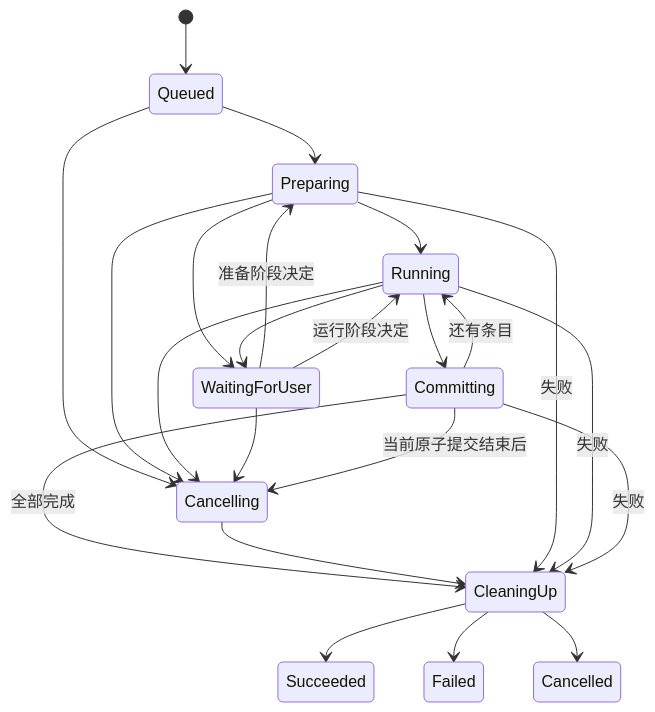
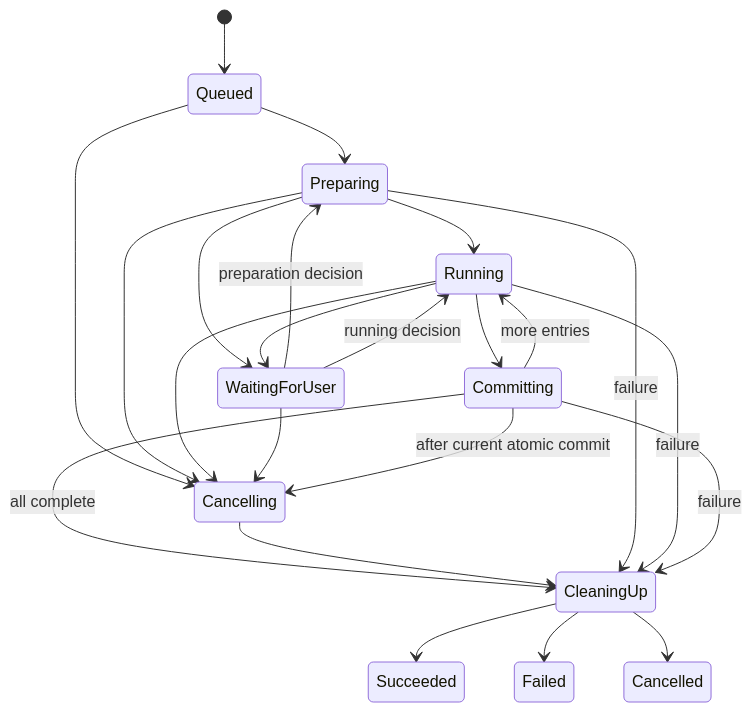
The diagram in docs/design/08-task-scheduling.md (xiaodaozhi/xdzip), drawn with Mermaid before and after one commit. The commit also changed other lines of this file and 201 other files, not shown here.

````diff
--- a/docs/design/08-task-scheduling.md
+++ b/docs/design/08-task-scheduling.md
@@ -9,25 +9,25 @@
 ```mermaid
 stateDiagram-v2
   [*] --> Queued
   Queued --> Preparing
   Preparing --> Running
   Preparing --> WaitingForUser
   Running --> WaitingForUser
-  WaitingForUser --> Preparing: 准备阶段决定
-  WaitingForUser --> Running: 运行阶段决定
+  WaitingForUser --> Preparing: preparation decision
+  WaitingForUser --> Running: running decision
   Running --> Committing
-  Committing --> Running: 还有条目
-  Committing --> CleaningUp: 全部完成
+  Committing --> Running: more entries
+  Committing --> CleaningUp: all complete
   Queued --> Cancelling
   Preparing --> Cancelling
   Running --> Cancelling
   WaitingForUser --> Cancelling
-  Committing --> Cancelling: 当前原子提交结束后
+  Committing --> Cancelling: after current atomic commit
   Cancelling --> CleaningUp
-  Preparing --> CleaningUp: 失败
-  Running --> CleaningUp: 失败
-  Committing --> CleaningUp: 失败
+  Preparing --> CleaningUp: failure
+  Running --> CleaningUp: failure
+  Committing --> CleaningUp: failure
   CleaningUp --> Succeeded
   CleaningUp --> Failed
   CleaningUp --> Cancelled
 ```
````
